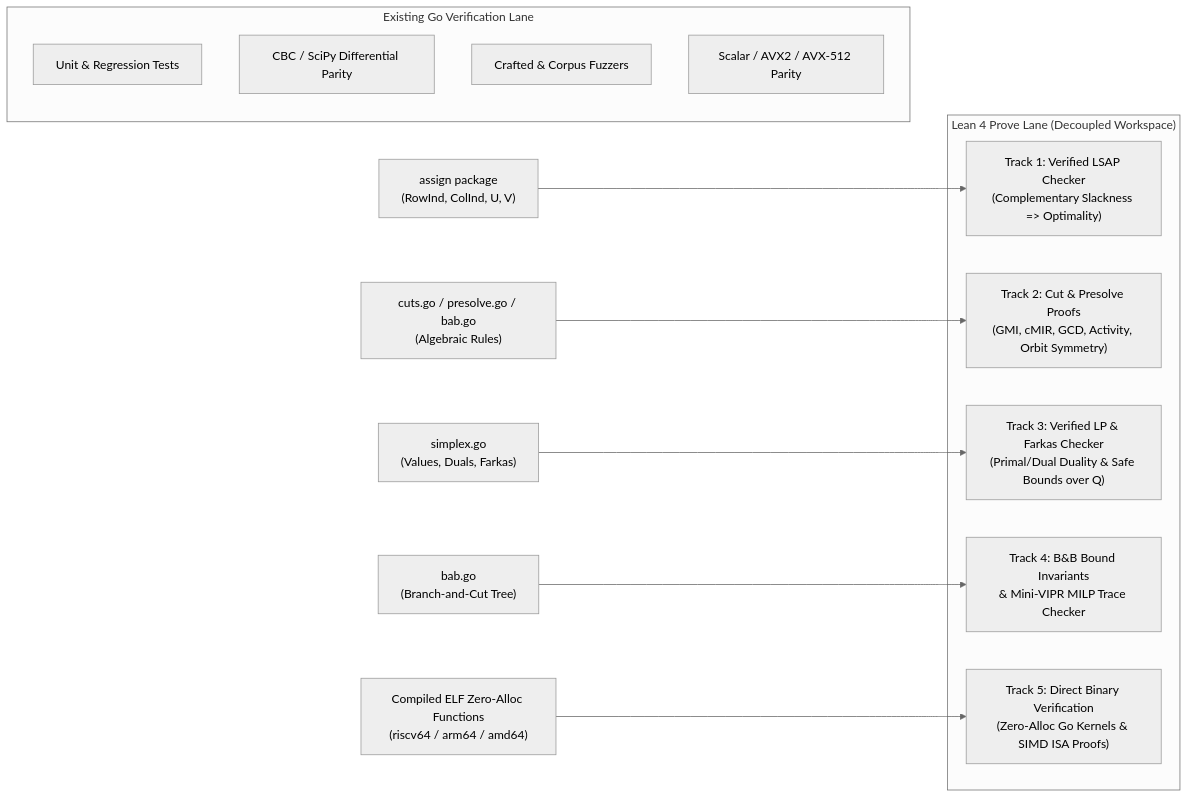
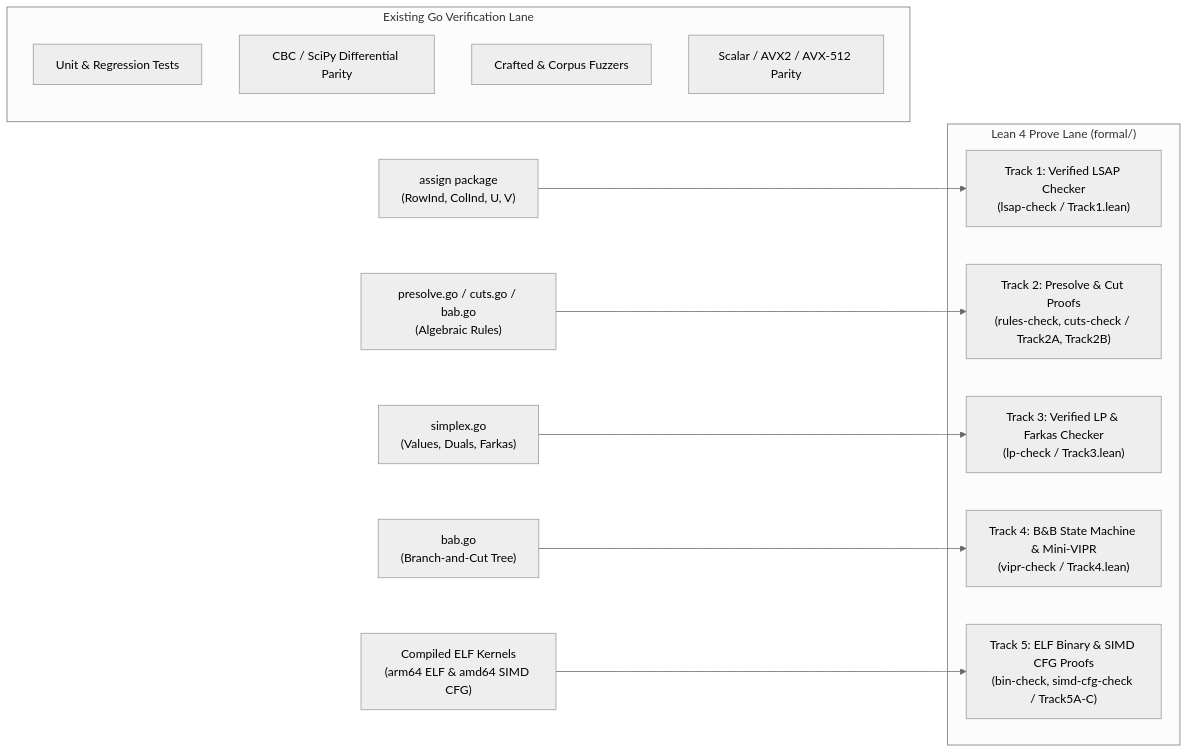
Before and after one commit to paulourio/goblin: the diagram in docs/formal-verification.md, drawn with Mermaid (neutral theme). The commit also changed other lines of this file and 2 other files, not shown here.

First line of the commit message:
docs(formal): document Lean 4 Prove Lane suite

````diff
--- a/docs/formal-verification.md
+++ b/docs/formal-verification.md
@@ -15,23 +15,23 @@
 ```mermaid
 flowchart LR
     subgraph GoLane["Existing Go Verification Lane"]
         G1["Unit & Regression Tests"]
         G2["CBC / SciPy Differential Parity"]
         G3["Crafted & Corpus Fuzzers"]
         G4["Scalar / AVX2 / AVX-512 Parity"]
     end
 
-    subgraph ProveLane["Lean 4 Prove Lane (Decoupled Workspace)"]
-        P1["Track 1: Verified LSAP Checker\n(Complementary Slackness => Optimality)"]
-        P2["Track 2: Cut & Presolve Proofs\n(GMI, cMIR, GCD, Activity, Orbit Symmetry)"]
-        P3["Track 3: Verified LP & Farkas Checker\n(Primal/Dual Duality & Safe Bounds over Q)"]
-        P4["Track 4: B&B Bound Invariants\n& Mini-VIPR MILP Trace Checker"]
-        P5["Track 5: Direct Binary Verification\n(Zero-Alloc Go Kernels & SIMD ISA Proofs)"]
+    subgraph ProveLane["Lean 4 Prove Lane (formal/)"]
+        P1["Track 1: Verified LSAP Checker\n(lsap-check / Track1.lean)"]
+        P2["Track 2: Presolve & Cut Proofs\n(rules-check, cuts-check / Track2A, Track2B)"]
+        P3["Track 3: Verified LP & Farkas Checker\n(lp-check / Track3.lean)"]
+        P4["Track 4: B&B State Machine & Mini-VIPR\n(vipr-check / Track4.lean)"]
+        P5["Track 5: ELF Binary & SIMD CFG Proofs\n(bin-check, simd-cfg-check / Track5A-C)"]
     end
 
     A["assign package\n(RowInd, ColInd, U, V)"] --> P1
-    B["cuts.go / presolve.go / bab.go\n(Algebraic Rules)"] --> P2
+    B["presolve.go / cuts.go / bab.go\n(Algebraic Rules)"] --> P2
     C["simplex.go\n(Values, Duals, Farkas)"] --> P3
     D["bab.go\n(Branch-and-Cut Tree)"] --> P4
-    E["Compiled ELF Zero-Alloc Functions\n(riscv64 / arm64 / amd64)"] --> P5
+    E["Compiled ELF Kernels\n(arm64 ELF & amd64 SIMD CFG)"] --> P5
 ```
````
